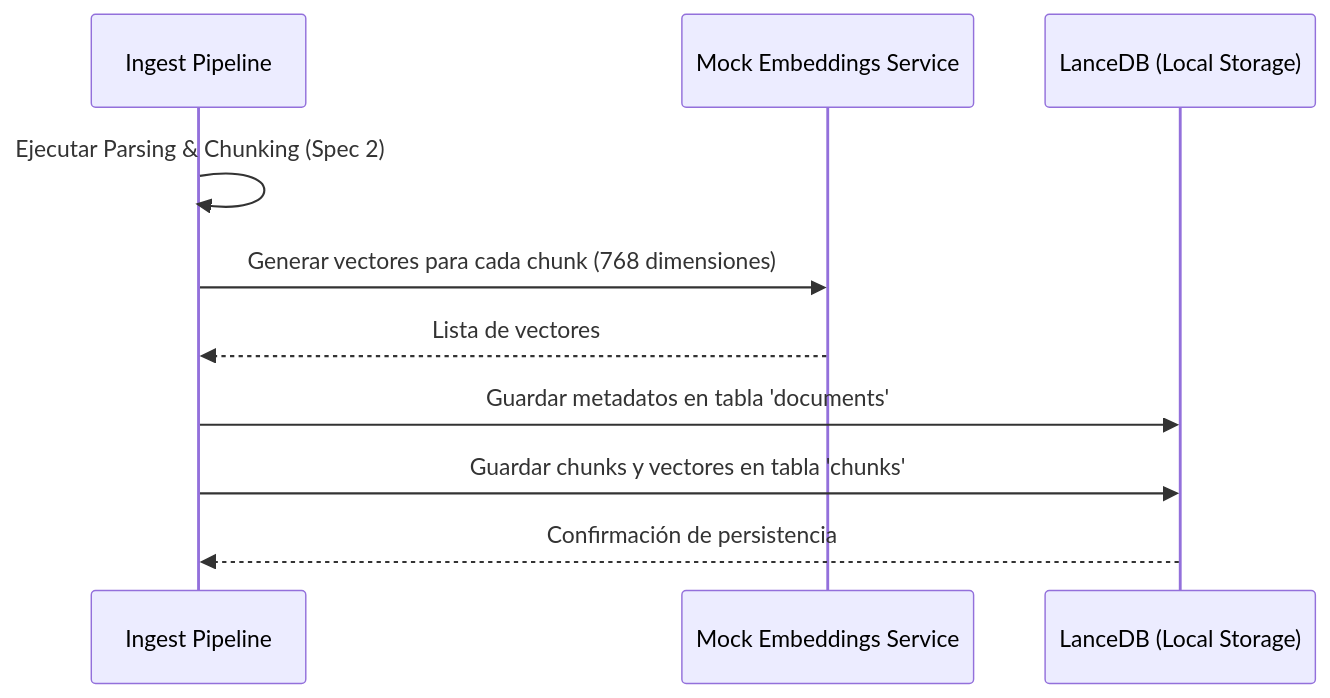
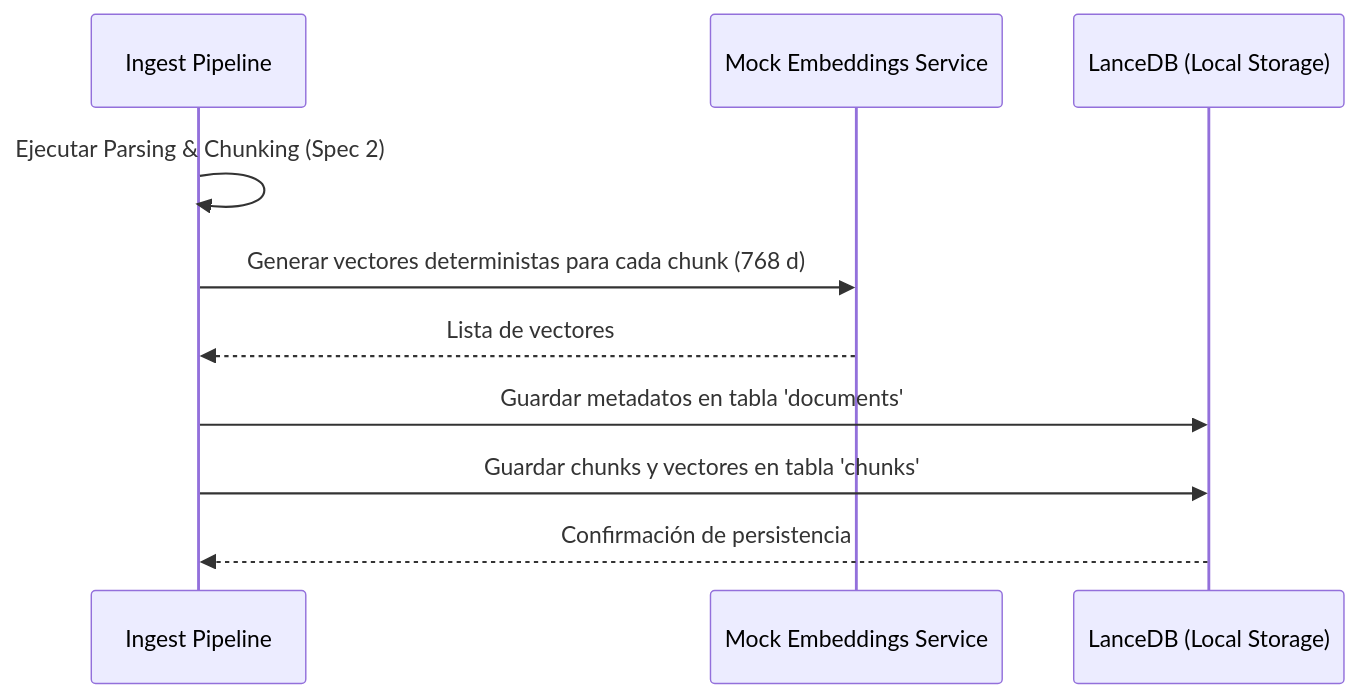
One commit to marcorepetto/leyemdo changed the first of 2 diagrams in specs/database-vectorial/spec.md. Above: the diagram before and after it, drawn with Mermaid. The commit also changed other lines of this file and 1 other file, not shown here.

````diff
--- a/specs/database-vectorial/spec.md
+++ b/specs/database-vectorial/spec.md
@@ -37,13 +60,13 @@
 ```mermaid
 sequenceDiagram
     participant API as Ingest Pipeline
     participant Embed as Mock Embeddings Service
     participant DB as LanceDB (Local Storage)
 
     API->>API: Ejecutar Parsing & Chunking (Spec 2)
-    API->>Embed: Generar vectores para cada chunk (768 dimensiones)
+    API->>Embed: Generar vectores deterministas para cada chunk (768 d)
     Embed-->>API: Lista de vectores
     API->>DB: Guardar metadatos en tabla 'documents'
     API->>DB: Guardar chunks y vectores en tabla 'chunks'
     DB-->>API: Confirmación de persistencia
 ```
````
